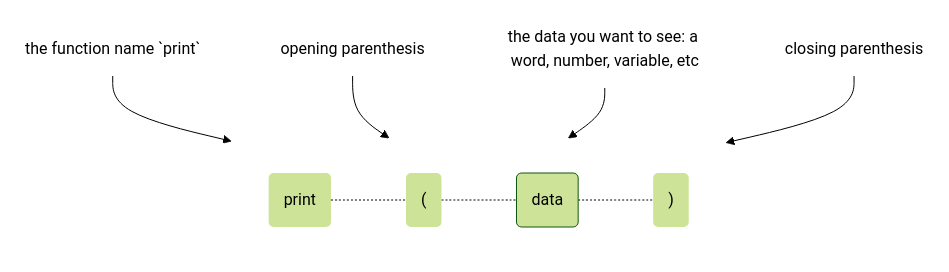
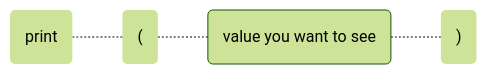
Before and after one commit to luka-sherman/python-field-guide: the third of 5 diagrams in docs/foundations.md, drawn with Mermaid (forest theme). The commit also changed other lines of this file, not shown here.

Commit message:
bug fix mermaid format

````diff
--- a/docs/foundations.md
+++ b/docs/foundations.md
@@ -102,33 +83,7 @@
 ```mermaid
-flowchart TB
-
-subgraph code[" "]
-direction LR
-
-p("print")
-o("(")
-s("data")
-c(")")
-
-p -.- o -.- s -.- c
-
-end
-
-f("the function name `print`")
-pa("opening parenthesis")
-st("the data you want to see: a word, number, variable, etc")
-pc("closing parenthesis")
-
-f --> p
-pa --> o
-st --> s
-pc --> c
-
-classDef plain fill:none,stroke:none
-class f,pa,st,pc plain
+flowchart LR
+p("print") -.- o("(") -.- s("value you want to see") -.- c(")")
 
 classDef punct stroke:none
 class p,o,c punct
-
-style code fill:none,stroke:none
 ```
````
